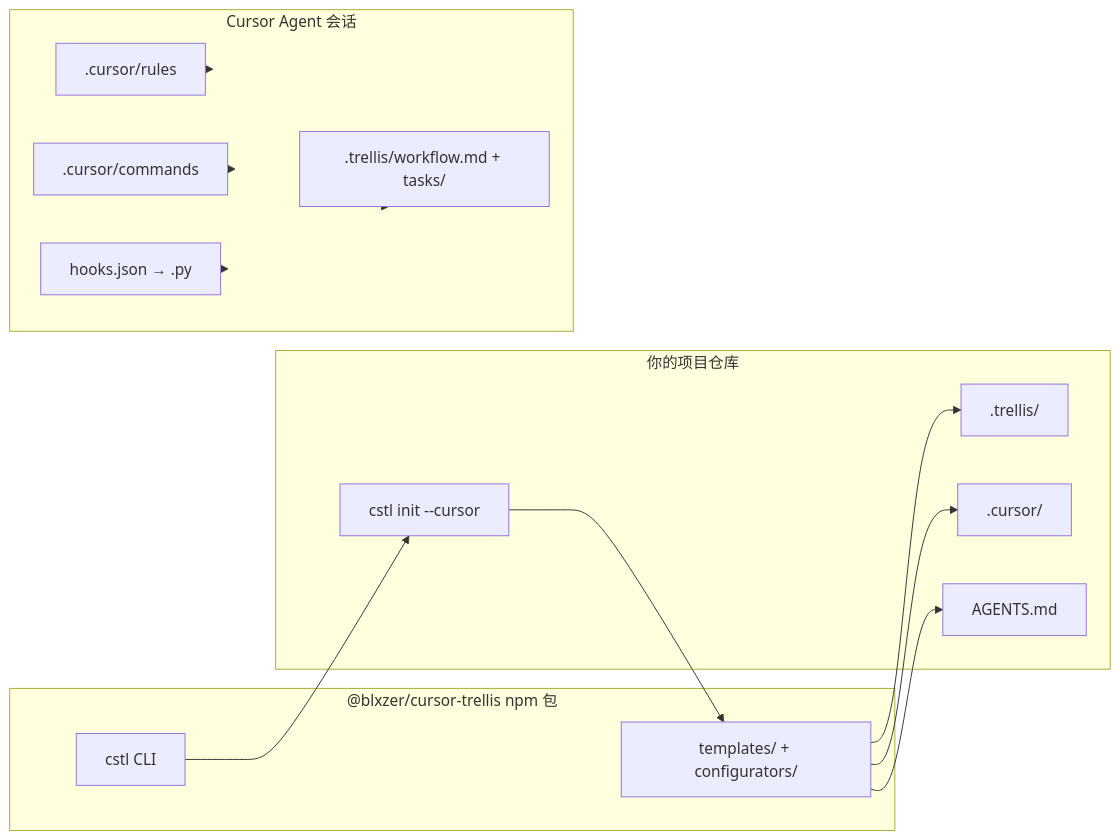
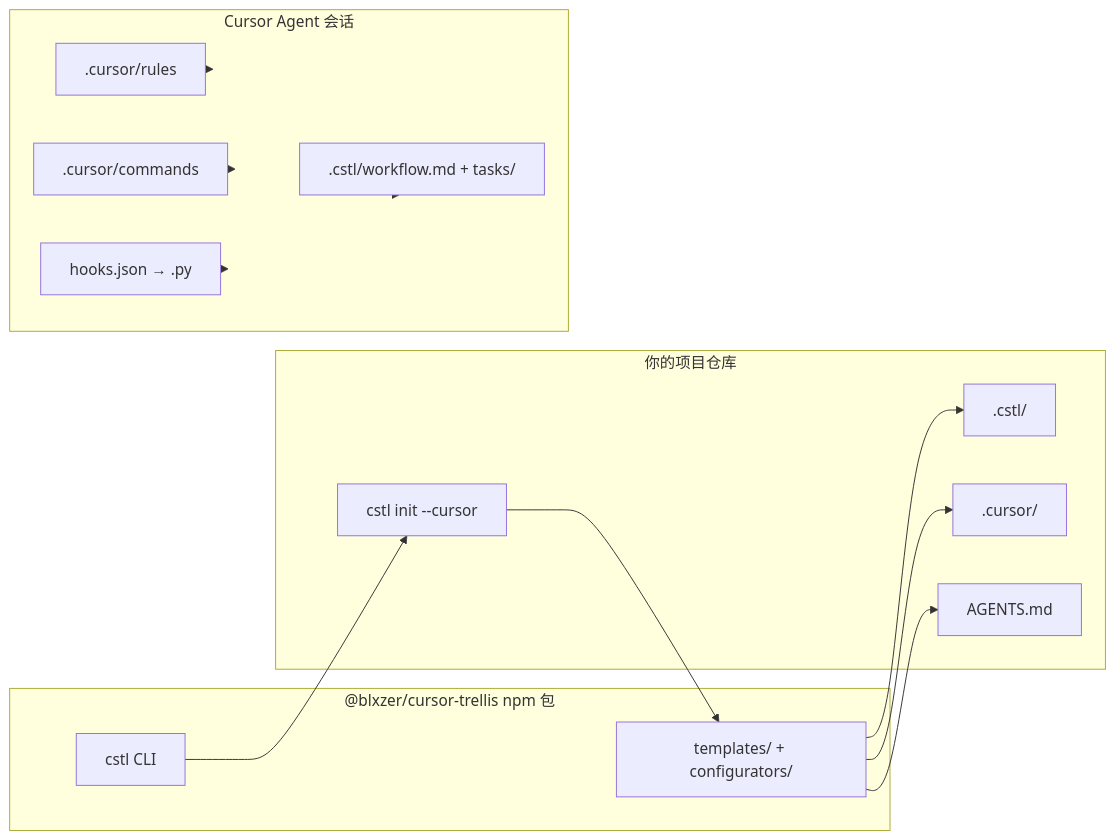
Before and after one commit to blxzer77/cursor-trellis: the diagram in docs/architecture.zh-CN.md, drawn with Mermaid. The commit also changed other lines of this file and 32 other files, not shown here.

````diff
--- a/docs/architecture.zh-CN.md
+++ b/docs/architecture.zh-CN.md
@@ -39,28 +39,28 @@
 ```mermaid
 flowchart LR
   subgraph publish["@blxzer/cursor-trellis npm 包"]
     CLI["cstl CLI"]
     TPL["templates/ + configurators/"]
   end
   subgraph user["你的项目仓库"]
     INIT["cstl init --cursor"]
-    TRELLIS[".trellis/"]
+    TRELLIS[".cstl/"]
     CURSOR[".cursor/"]
     AGENTS["AGENTS.md"]
   end
   subgraph runtime["Cursor Agent 会话"]
     RULES[".cursor/rules"]
     CMDS[".cursor/commands"]
     HOOKS["hooks.json → .py"]
-    WF[".trellis/workflow.md + tasks/"]
+    WF[".cstl/workflow.md + tasks/"]
   end
   CLI --> INIT
   INIT --> TPL
   TPL --> TRELLIS
   TPL --> CURSOR
   TPL --> AGENTS
   RULES --> runtime
   CMDS --> runtime
   HOOKS --> runtime
   WF --> runtime
 ```
````
